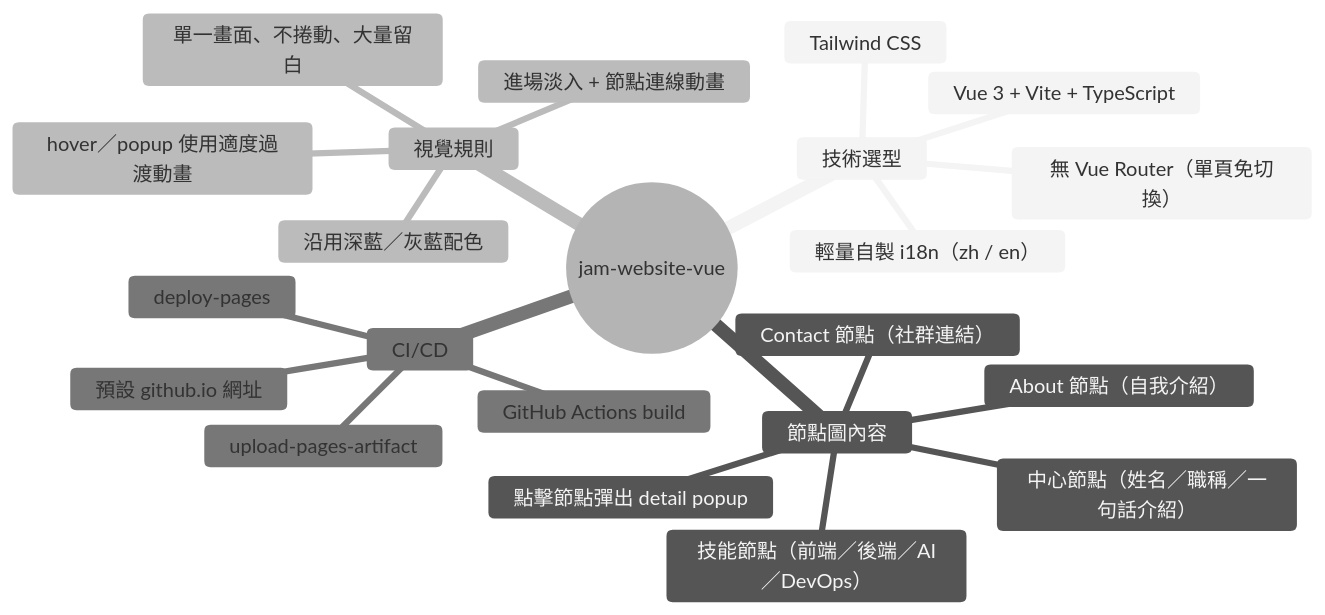
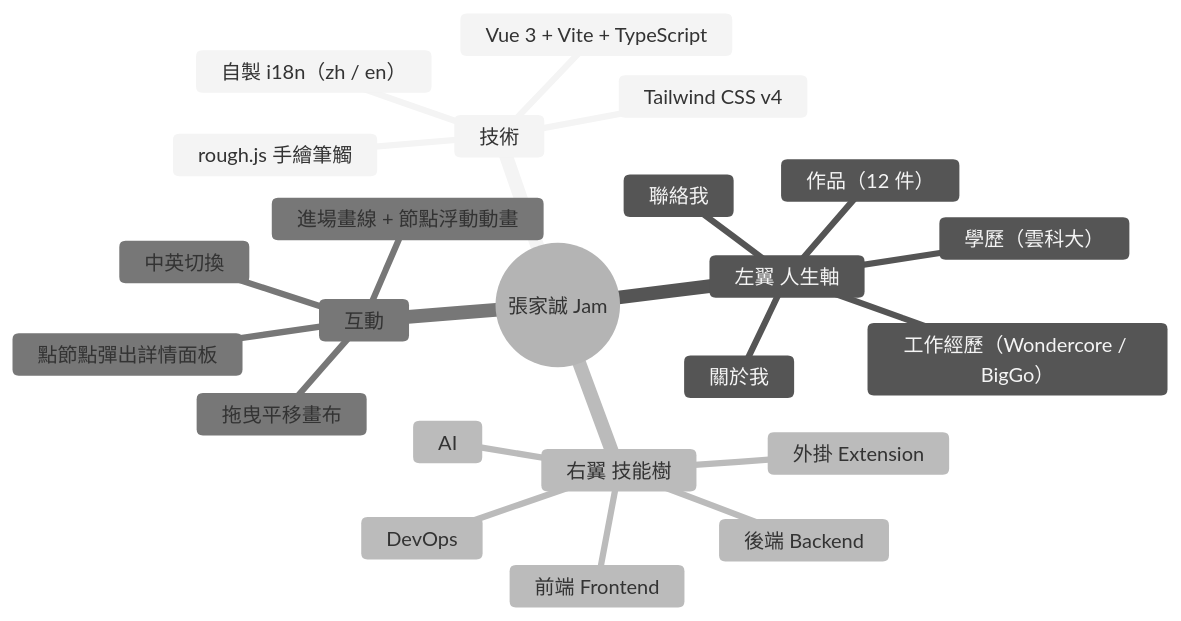
One commit to changjam/jam-website-vue changed the diagram in PLAN.md. Above: the diagram before and after it, drawn with Mermaid (neutral theme). The commit also changed other lines of this file and 57 other files, not shown here.

First line of the commit message:
Redesign as a hand-drawn interactive mind map with rich migrated content

````diff
--- a/PLAN.md
+++ b/PLAN.md
@@ -7,25 +7,26 @@
 ```mermaid
 mindmap
-  root((jam-website-vue))
-    技術選型
+  root((張家誠 Jam))
+    技術
       Vue 3 + Vite + TypeScript
-      Tailwind CSS
-      無 Vue Router（單頁免切換）
-      輕量自製 i18n（zh / en）
-    節點圖內容
-      中心節點（姓名／職稱／一句話介紹）
-      About 節點（自我介紹）
-      技能節點（前端／後端／AI／DevOps）
-      Contact 節點（社群連結）
-      點擊節點彈出 detail popup
-    視覺規則
-      沿用深藍／灰藍配色
-      單一畫面、不捲動、大量留白
-      進場淡入 + 節點連線動畫
-      hover／popup 使用適度過渡動畫
-    CI/CD
-      GitHub Actions build
-      upload-pages-artifact
-      deploy-pages
-      預設 github.io 網址
+      Tailwind CSS v4
+      rough.js 手繪筆觸
+      自製 i18n（zh / en）
+    左翼 人生軸
+      關於我
+      工作經歷（Wondercore / BigGo）
+      學歷（雲科大）
+      作品（12 件）
+      聯絡我
+    右翼 技能樹
+      前端 Frontend
+      後端 Backend
+      AI
+      DevOps
+      外掛 Extension
+    互動
+      點節點彈出詳情面板
+      拖曳平移畫布
+      中英切換
+      進場畫線 + 節點浮動動畫
 ```
````
